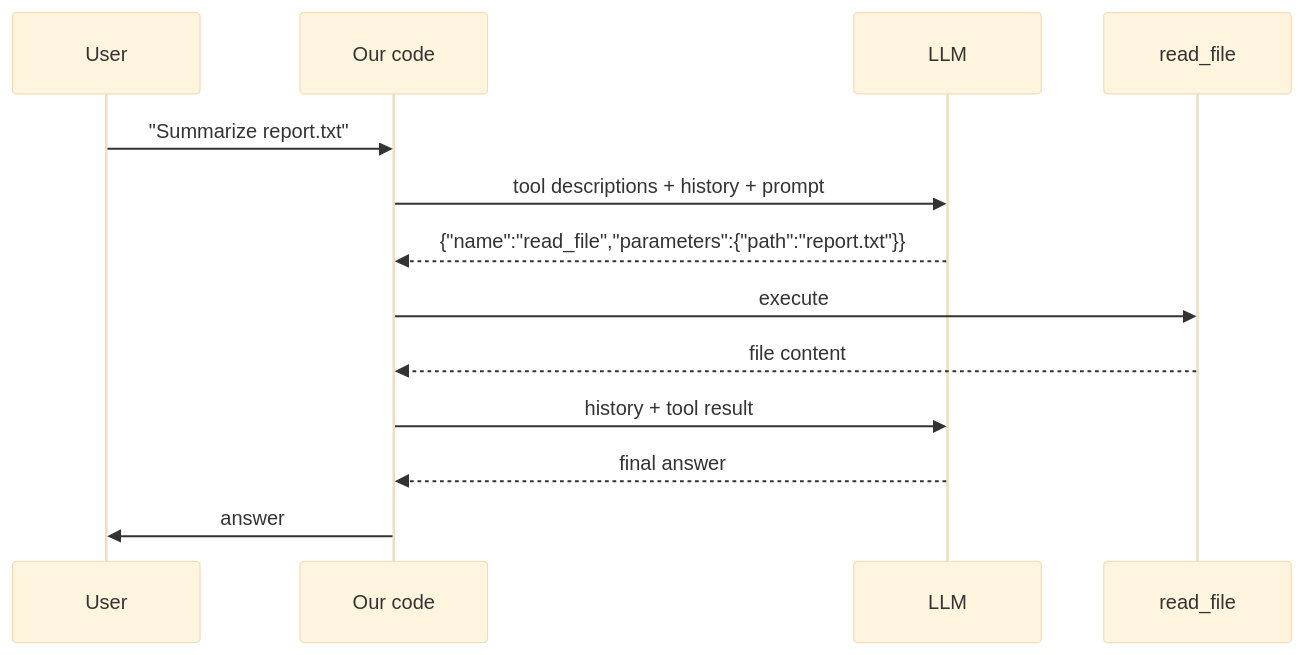
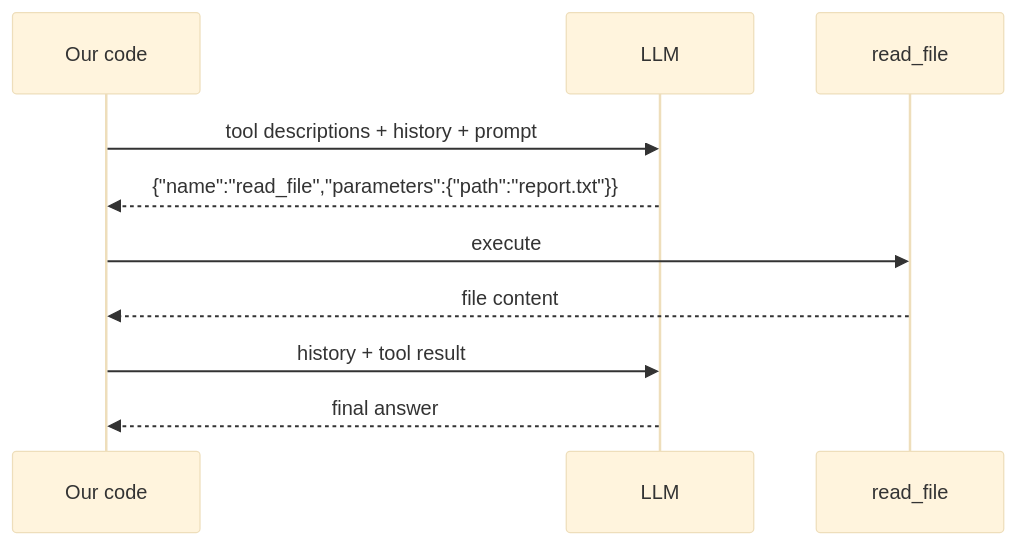
The fourth of 7 diagrams in PRESENTATION.md (ilsasdo/its-all-about-prompting), drawn with Mermaid (base theme) before and after one commit. The commit also changed other lines of this file and 3 other files, not shown here.

Commit message:
Convert presentation to Marp slides with mermaid support

````diff
--- a/PRESENTATION.md
+++ b/PRESENTATION.md
@@ -116,15 +187,12 @@
 ```mermaid
 sequenceDiagram
-    participant U as User
     participant A as Our code
     participant L as LLM
     participant T as read_file
-    U->>A: "Summarize report.txt"
     A->>L: tool descriptions + history + prompt
     L-->>A: {"name":"read_file","parameters":{"path":"report.txt"}}
     A->>T: execute
     T-->>A: file content
     A->>L: history + tool result
     L-->>A: final answer
-    A->>U: answer
 ```
````
